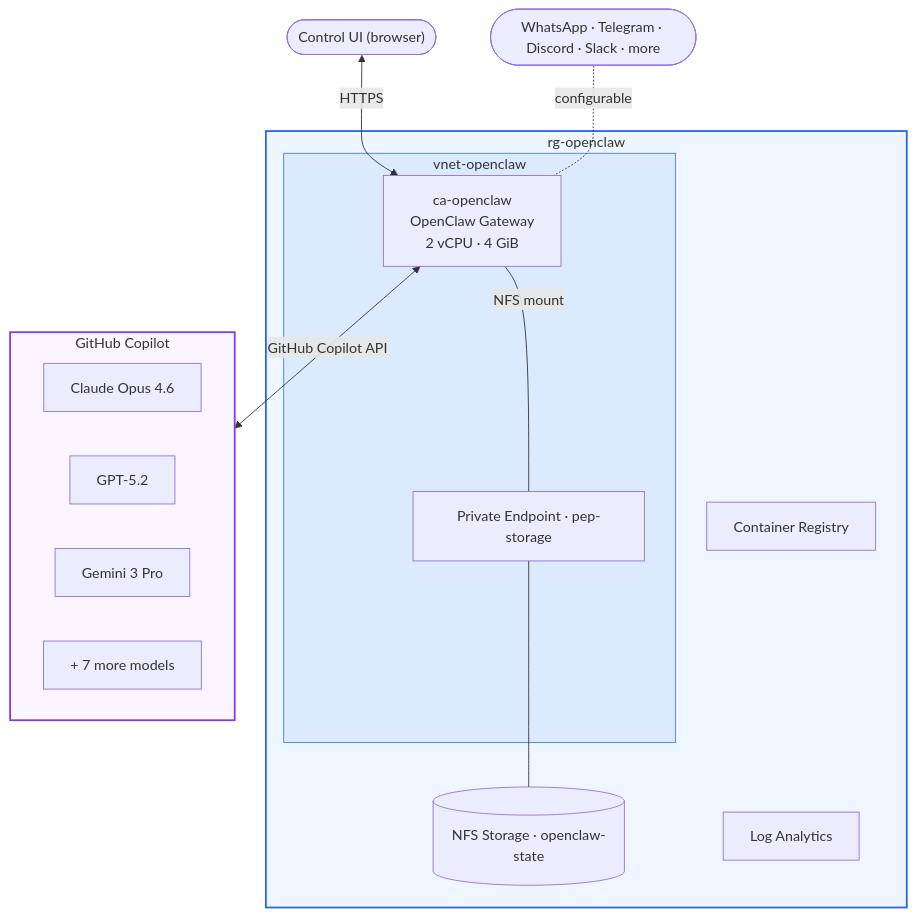
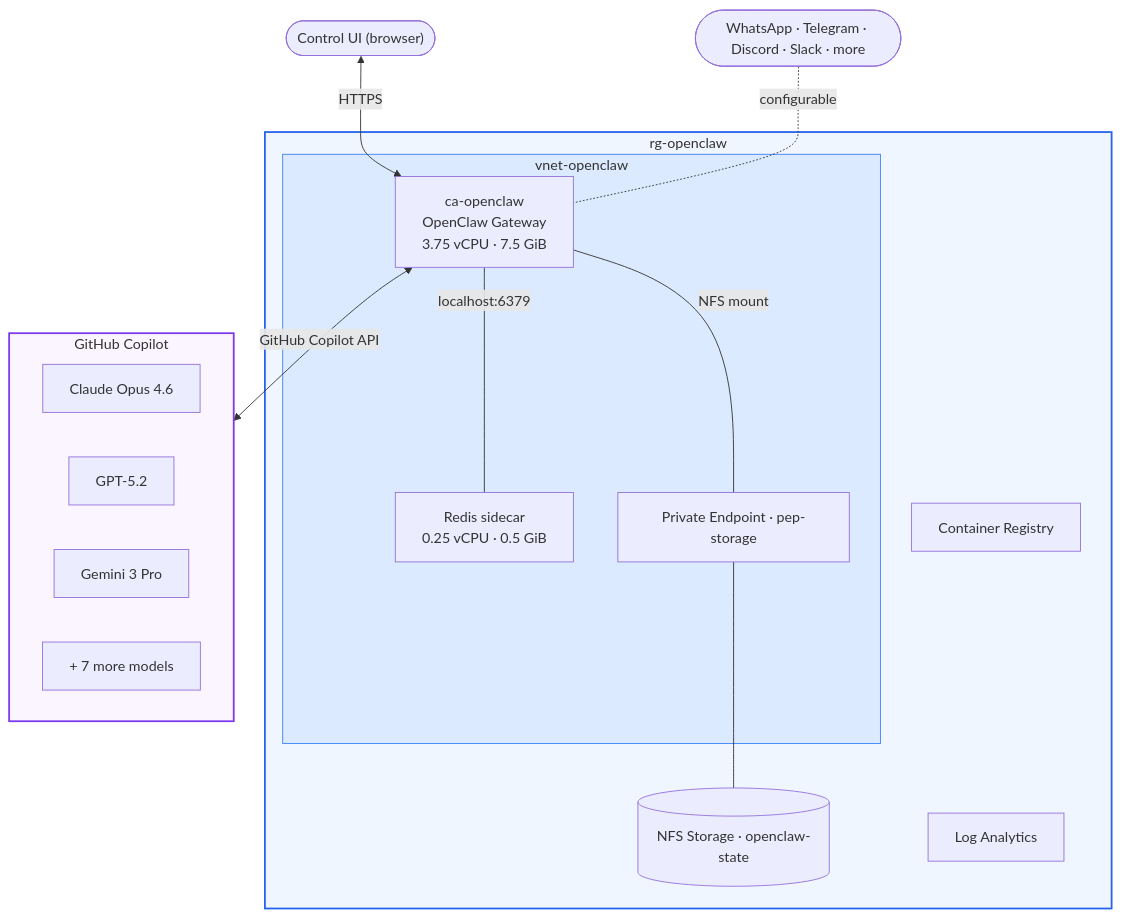
One commit to serdarsemen/openclaw-azure-containerapps changed the diagram in README.md. Above: the diagram before and after it, drawn with Mermaid. The commit also changed other lines of this file and 1 other file, not shown here.

Commit message:
fix: update deployment documentation to reflect Redis sidecar usage and Ollama options

````diff
--- a/README.md
+++ b/README.md
@@ -293,30 +302,32 @@
 ```mermaid
 flowchart TB
     cui(["Control UI (browser)"])
     ch(["WhatsApp · Telegram · Discord · Slack · more"])
     cui <-->|HTTPS| gw
     ch -.-|configurable| gw
 
     subgraph azure["rg-openclaw"]
         subgraph vnet["vnet-openclaw"]
-            gw["ca-openclaw<br/>OpenClaw Gateway<br/>2 vCPU · 4 GiB"]
+            gw["ca-openclaw<br/>OpenClaw Gateway<br/>3.75 vCPU · 7.5 GiB"]
+            redis["Redis sidecar<br/>0.25 vCPU · 0.5 GiB"]
             pe["Private Endpoint · pep-storage"]
+            gw ---|localhost:6379| redis
             gw ---|NFS mount| pe
         end
         pe --- nfs[("NFS Storage · openclaw-state")]
         acr["Container Registry"] ~~~ logs["Log Analytics"]
     end
 
     gw <-->|GitHub Copilot API| copilot
 
     subgraph copilot["GitHub Copilot"]
         opus["Claude Opus 4.6"]
         gpt["GPT-5.2"]
         gem["Gemini 3 Pro"]
         more2["+ 7 more models"]
     end
 
     style azure fill:#eff6ff,stroke:#2563eb,stroke-width:2px
     style vnet fill:#dbeafe,stroke:#3b82f6,stroke-width:1px
     style copilot fill:#faf5ff,stroke:#7c3aed,stroke-width:2px
 ```
````
